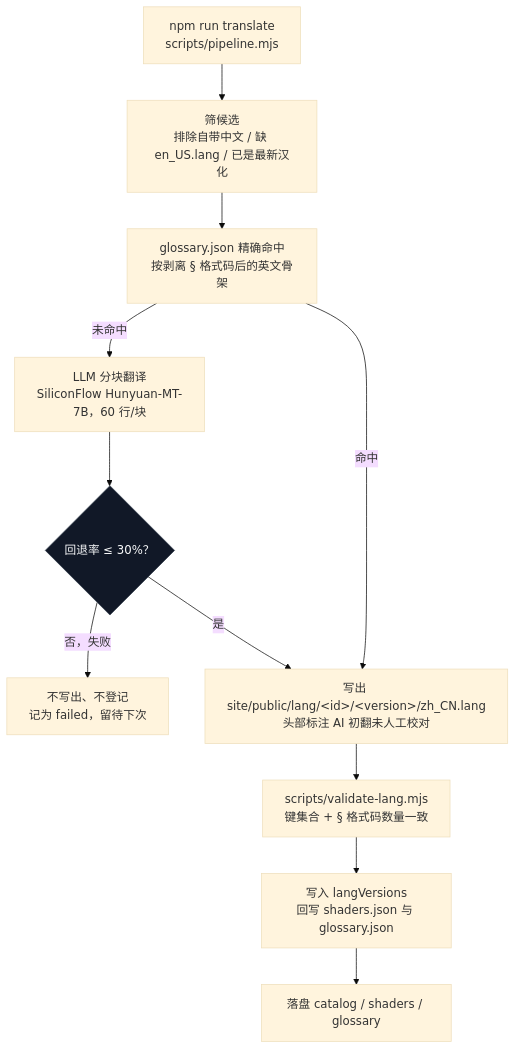
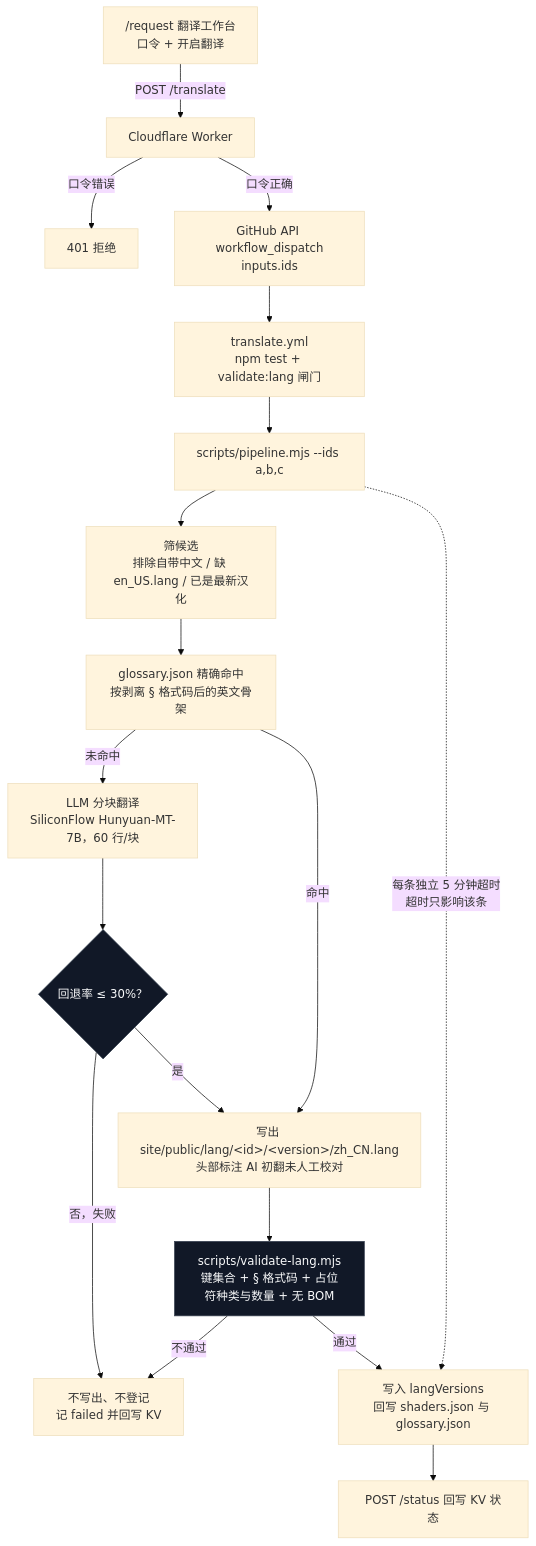
Before and after one commit to Kalloer1/shader-i18n-site: the second of 5 diagrams in FLOW.md, drawn with Mermaid (base theme). The commit also changed other lines of this file and 918 other files, not shown here.

````diff
--- a/FLOW.md
+++ b/FLOW.md
@@ -39,15 +40,25 @@
 ```mermaid
 flowchart TD
-    CLI["npm run translate<br/>scripts/pipeline.mjs"] --> CAND["筛候选<br/>排除自带中文 / 缺 en_US.lang / 已是最新汉化"]
+    SITE["/request 翻译工作台<br/>口令 + 开启翻译"] -->|"POST /translate"| WK["Cloudflare Worker"]
+    WK -->|"口令错误"| UNAUTH["401 拒绝"]
+    WK -->|"口令正确"| DISPATCH["GitHub API workflow_dispatch<br/>inputs.ids"]
+    DISPATCH --> TY["translate.yml<br/>npm test + validate:lang 闸门"]
+    TY --> CLI["scripts/pipeline.mjs --ids a,b,c"]
+
+    CLI --> CAND["筛候选<br/>排除自带中文 / 缺 en_US.lang / 已是最新汉化"]
     CAND --> GL["glossary.json 精确命中<br/>按剥离 § 格式码后的英文骨架"]
     GL -->|"未命中"| LLM["LLM 分块翻译<br/>SiliconFlow Hunyuan-MT-7B，60 行/块"]
     LLM --> GATE{"回退率 ≤ 30%？"}
-    GATE -->|"否，失败"| FAIL["不写出、不登记<br/>记为 failed，留待下次"]
+    GATE -->|"否，失败"| FAIL["不写出、不登记<br/>记 failed 并回写 KV"]
     GATE -->|"是"| W["写出 site/public/lang/&lt;id&gt;/&lt;version&gt;/zh_CN.lang<br/>头部标注 AI 初翻未人工校对"]
     GL -->|"命中"| W
-    W --> V["scripts/validate-lang.mjs<br/>键集合 + § 格式码数量一致"]
-    V --> REG["写入 langVersions<br/>回写 shaders.json 与 glossary.json"]
-    REG --> PERSIST["落盘 catalog / shaders / glossary"]
+    W --> V["scripts/validate-lang.mjs<br/>键集合 + § 格式码 + 占位符种类与数量 + 无 BOM"]
+    V -->|"不通过"| FAIL
+    V -->|"通过"| REG["写入 langVersions<br/>回写 shaders.json 与 glossary.json"]
+
+    CLI -.->|"每条独立 5 分钟超时<br/>超时只影响该条"| REG
+    REG --> ST["POST /status 回写 KV 状态"]
 
     style GATE fill:#111827,stroke:#374151,color:#f9fafb
+    style V fill:#111827,stroke:#374151,color:#f9fafb
 ```
````
